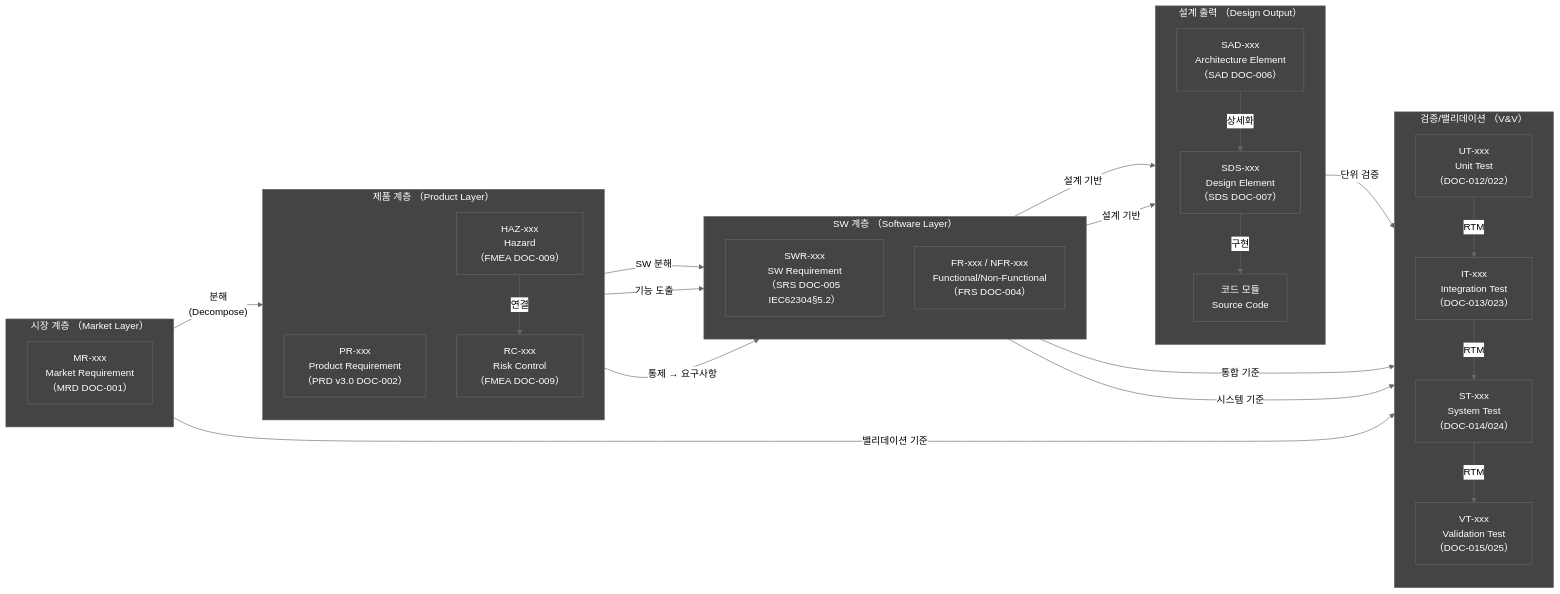
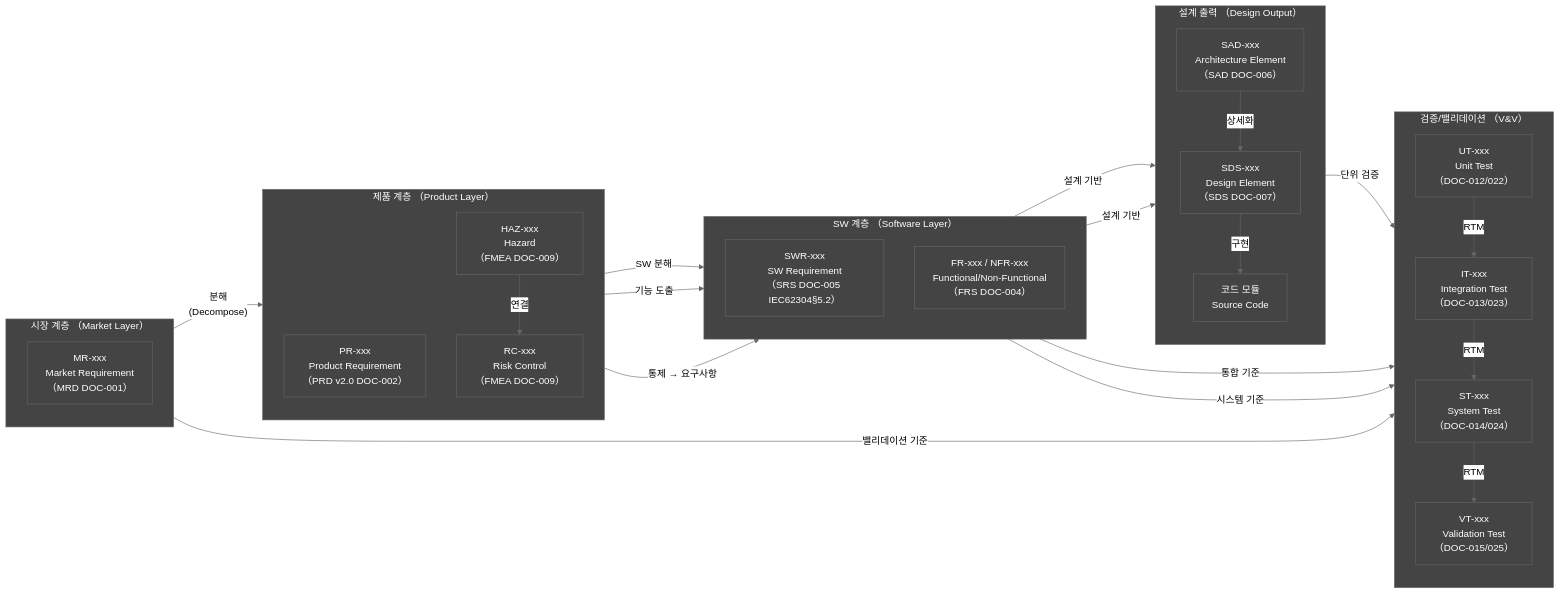
Before and after one commit to holee9/console-gui: the third of 9 diagrams in docs/management/DMP-001_DMP_v1.0.md, drawn with Mermaid (neutral theme). The commit also changed other lines of this file and 11 other files, not shown here.

````diff
--- a/docs/management/DMP-001_DMP_v1.0.md
+++ b/docs/management/DMP-001_DMP_v1.0.md
@@ -487,59 +487,59 @@
 ```mermaid
 flowchart LR
     classDef default fill:#444,stroke:#666,color:#fff
     subgraph MKT["시장 계층 （Market Layer）"]
         direction TB
         MR["MR-xxx\nMarket Requirement\n（MRD DOC-001）"]
     end
 
     subgraph PROD["제품 계층 （Product Layer）"]
         direction TB
-        PR["PR-xxx\nProduct Requirement\n（PRD v3.0 DOC-002）"]
+        PR["PR-xxx\nProduct Requirement\n（PRD v2.0 DOC-002）"]
         HAZ["HAZ-xxx\nHazard\n（FMEA DOC-009）"]
         RC["RC-xxx\nRisk Control\n（FMEA DOC-009）"]
     end
 
     subgraph SW["SW 계층 （Software Layer）"]
         direction TB
         SWR["SWR-xxx\nSW Requirement\n（SRS DOC-005 IEC62304§5.2）"]
         FR["FR-xxx / NFR-xxx\nFunctional/Non-Functional\n（FRS DOC-004）"]
     end
 
     subgraph DESIGN["설계 출력 （Design Output）"]
         direction TB
         SAD["SAD-xxx\nArchitecture Element\n（SAD DOC-006）"]
         SDS["SDS-xxx\nDesign Element\n（SDS DOC-007）"]
         CODE["코드 모듈\nSource Code"]
     end
 
     subgraph TEST["검증/밸리데이션 （V&V）"]
         direction TB
         UT["UT-xxx\nUnit Test\n（DOC-012/022）"]
         IT["IT-xxx\nIntegration Test\n（DOC-013/023）"]
         ST["ST-xxx\nSystem Test\n（DOC-014/024）"]
         VT["VT-xxx\nValidation Test\n（DOC-015/025）"]
     end
 
     MR -->|"분해\n(Decompose)"| PR
     PR -->|"SW 분해"| SWR
     PR -->|"기능 도출"| FR
     HAZ -->|"연결"| RC
     RC -->|"통제 → 요구사항"| SWR
     SWR -->|"설계 기반"| SAD
     FR -->|"설계 기반"| SAD
     SAD -->|"상세화"| SDS
     SDS -->|"구현"| CODE
     CODE -->|"단위 검증"| UT
     SWR -->|"통합 기준"| IT
     FR -->|"시스템 기준"| ST
     MR -->|"밸리데이션 기준"| VT
     UT -->|"RTM"| IT
     IT -->|"RTM"| ST
     ST -->|"RTM"| VT
 
     style MKT fill:#444,stroke:#666,color:#fff
     style PROD fill:#444,stroke:#666,color:#fff
     style SW fill:#444,stroke:#666,color:#fff
     style DESIGN fill:#444,stroke:#666,color:#fff
     style TEST fill:#444,stroke:#666,color:#fff
 ```
````
